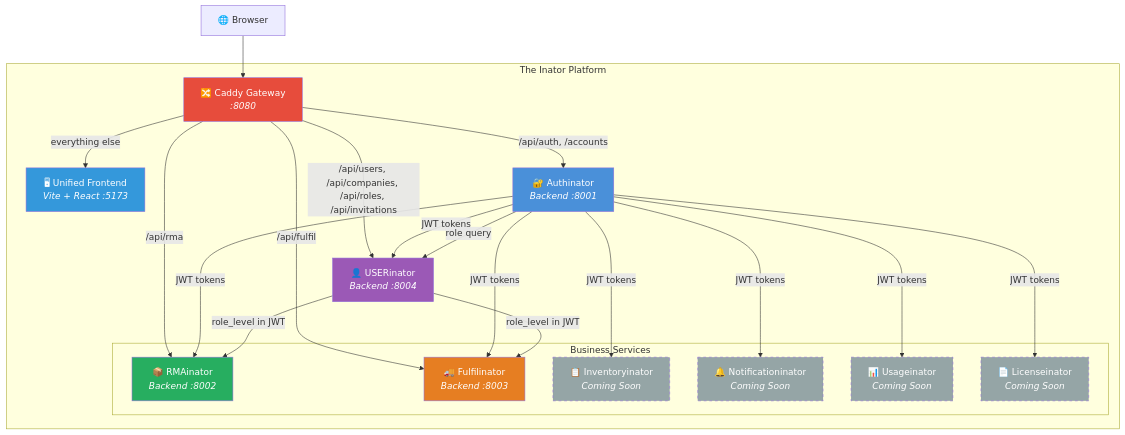
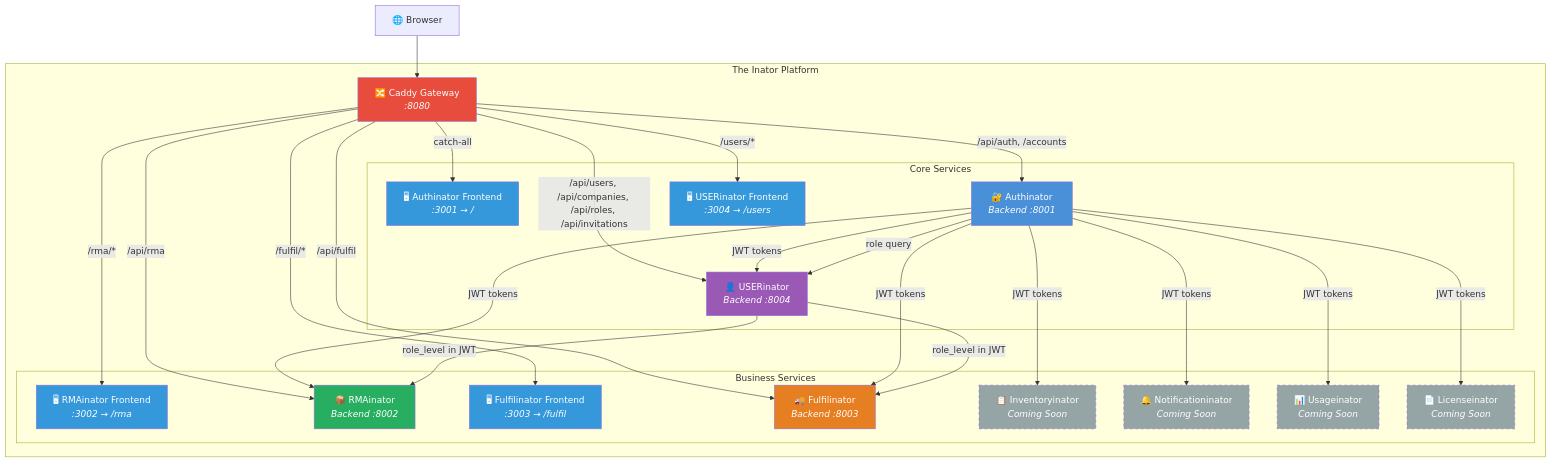
Before and after one commit to losomode/inator: the diagram in README.md, drawn with Mermaid. The commit also changed other lines of this file and 99 other files, not shown here.

First line of the commit message:
refactor(frontend): decompose unified SPA into per-inator frontends

````diff
--- a/README.md
+++ b/README.md
@@ -11,48 +11,60 @@
 ```mermaid
 graph TB
     CLIENT[🌐 Browser] --> CADDY
 
     subgraph "The Inator Platform"
         CADDY[🔀 Caddy Gateway<br/><i>:8080</i>]
-        FE[🖥 Unified Frontend<br/><i>Vite + React :5173</i>]
-        AUTH[🔐 Authinator<br/><i>Backend :8001</i>]
-        USER[👤 USERinator<br/><i>Backend :8004</i>]
+
+        subgraph "Core Services"
+            AUTH_FE[🖥 Authinator Frontend<br/><i>:3001 → /</i>]
+            AUTH[🔐 Authinator<br/><i>Backend :8001</i>]
+            USER_FE[🖥 USERinator Frontend<br/><i>:3004 → /users</i>]
+            USER[👤 USERinator<br/><i>Backend :8004</i>]
+        end
 
         subgraph "Business Services"
+            RMA_FE[🖥 RMAinator Frontend<br/><i>:3002 → /rma</i>]
             RMA[📦 RMAinator<br/><i>Backend :8002</i>]
+            FULFIL_FE[🖥 Fulfilinator Frontend<br/><i>:3003 → /fulfil</i>]
             FULFIL[🚚 Fulfilinator<br/><i>Backend :8003</i>]
             INV[📋 Inventoryinator<br/><i>Coming Soon</i>]
             NOTIF[🔔 Notificationinator<br/><i>Coming Soon</i>]
             USAGE[📊 Usageinator<br/><i>Coming Soon</i>]
             LIC[📄 Licenseinator<br/><i>Coming Soon</i>]
         end
     end
 
     CADDY -->|/api/auth, /accounts| AUTH
     CADDY -->|/api/users, /api/companies, /api/roles, /api/invitations| USER
     CADDY -->|/api/rma| RMA
     CADDY -->|/api/fulfil| FULFIL
-    CADDY -->|everything else| FE
+    CADDY -->|/rma/*| RMA_FE
+    CADDY -->|/fulfil/*| FULFIL_FE
+    CADDY -->|/users/*| USER_FE
+    CADDY -->|catch-all| AUTH_FE
 
     AUTH -- JWT tokens --> RMA
     AUTH -- JWT tokens --> FULFIL
     AUTH -- JWT tokens --> USER
     AUTH -- JWT tokens --> INV
     AUTH -- JWT tokens --> NOTIF
     AUTH -- JWT tokens --> USAGE
     AUTH -- JWT tokens --> LIC
     AUTH -- role query --> USER
     USER -- role_level in JWT --> RMA
     USER -- role_level in JWT --> FULFIL
 
     style CADDY fill:#e74c3c,color:#fff
-    style FE fill:#3498db,color:#fff
+    style AUTH_FE fill:#3498db,color:#fff
+    style USER_FE fill:#3498db,color:#fff
+    style RMA_FE fill:#3498db,color:#fff
+    style FULFIL_FE fill:#3498db,color:#fff
     style AUTH fill:#4a90d9,color:#fff
     style USER fill:#9b59b6,color:#fff
     style RMA fill:#27ae60,color:#fff
     style FULFIL fill:#e67e22,color:#fff
     style INV fill:#95a5a6,color:#fff,stroke-dasharray: 5 5
     style NOTIF fill:#95a5a6,color:#fff,stroke-dasharray: 5 5
     style USAGE fill:#95a5a6,color:#fff,stroke-dasharray: 5 5
     style LIC fill:#95a5a6,color:#fff,stroke-dasharray: 5 5
 ```
````
